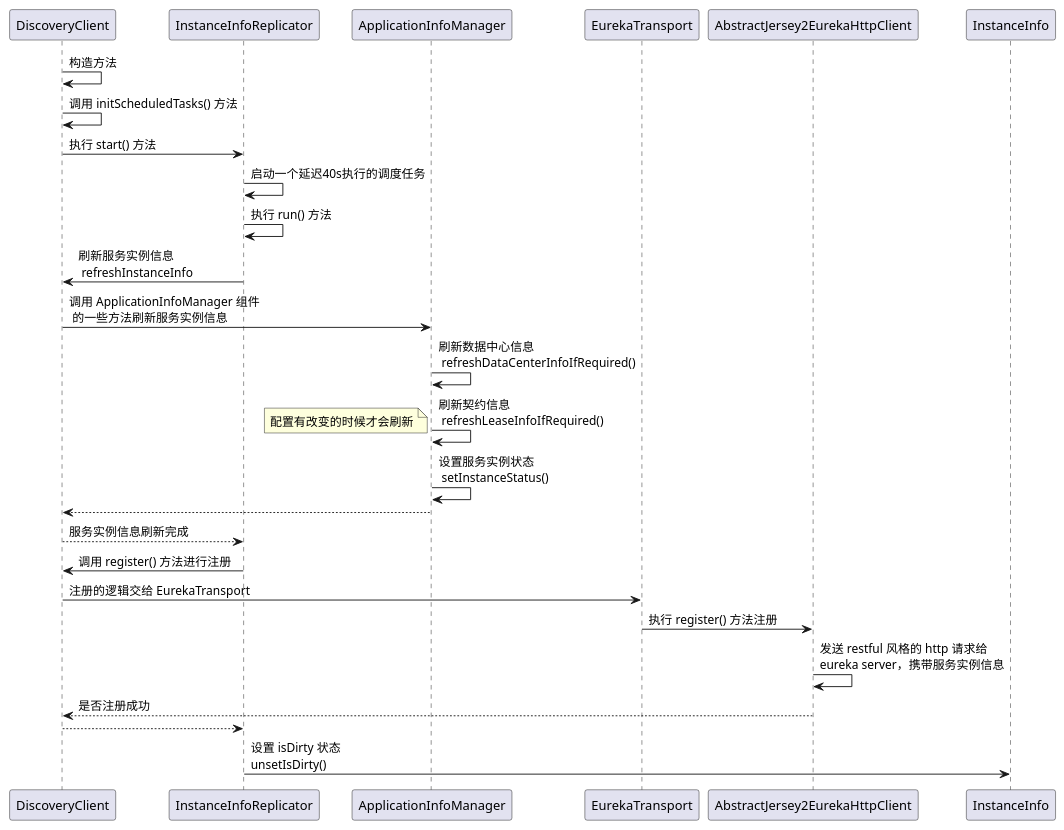
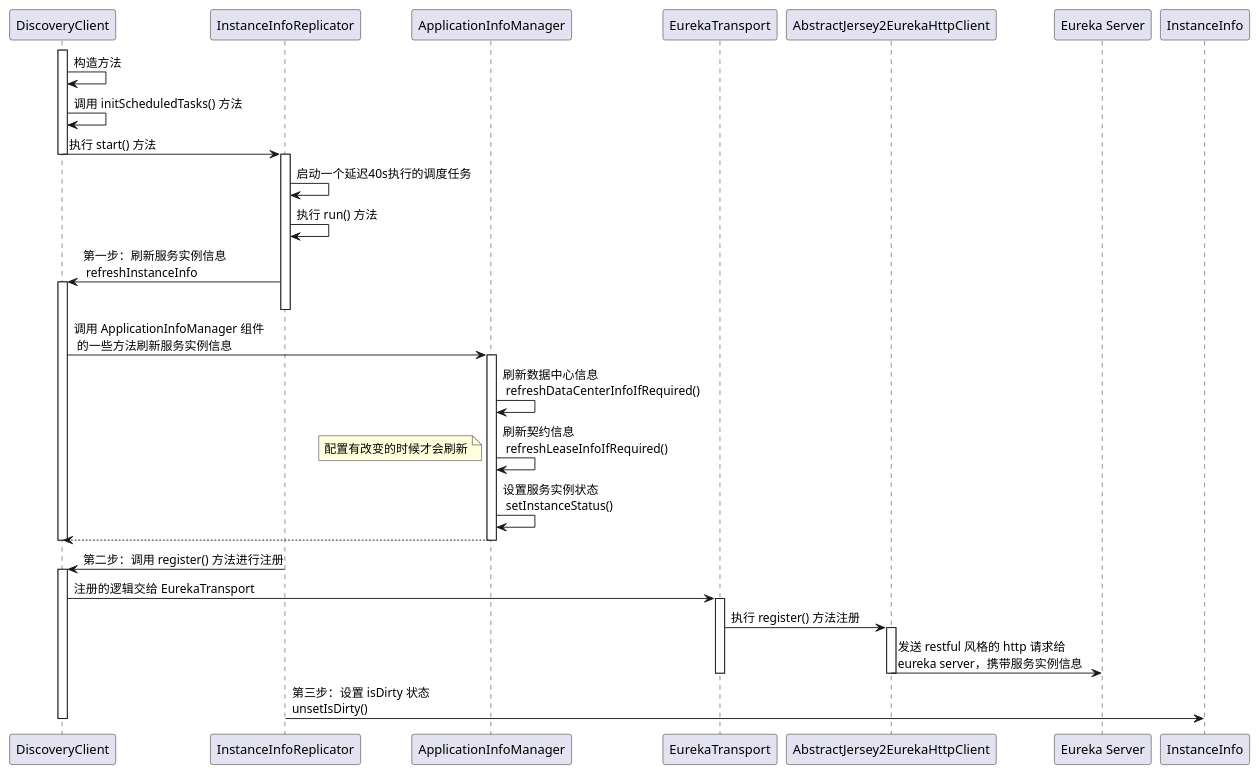
One commit to mqingqiang/eureka changed the diagram in UML图/eureka client 是如何进行服务注册的？.puml. Above: the diagram before and after it, drawn with PlantUML. The commit also changed 1 other file, not shown here.

Commit message:
优化UML时序图

```diff
--- a/UML图/eureka client 是如何进行服务注册的？.puml
+++ b/UML图/eureka client 是如何进行服务注册的？.puml
@@ -1,23 +1,34 @@
 @startuml
+skinparam responseMessageBelowArrow false
+activate DiscoveryClient
 DiscoveryClient -> DiscoveryClient: 构造方法
 DiscoveryClient -> DiscoveryClient: 调用 initScheduledTasks() 方法
 DiscoveryClient -> InstanceInfoReplicator: 执行 start() 方法
+deactivate DiscoveryClient
+activate InstanceInfoReplicator
 InstanceInfoReplicator -> InstanceInfoReplicator:  启动一个延迟40s执行的调度任务
 InstanceInfoReplicator -> InstanceInfoReplicator:  执行 run() 方法
-InstanceInfoReplicator -> DiscoveryClient: 刷新服务实例信息\n refreshInstanceInfo
+InstanceInfoReplicator -> DiscoveryClient: 第一步：刷新服务实例信息\n refreshInstanceInfo
+activate DiscoveryClient
+deactivate InstanceInfoReplicator
 DiscoveryClient -> ApplicationInfoManager: 调用 ApplicationInfoManager 组件\n 的一些方法刷新服务实例信息
+activate ApplicationInfoManager
 ApplicationInfoManager -> ApplicationInfoManager: 刷新数据中心信息\n refreshDataCenterInfoIfRequired()
 ApplicationInfoManager -> ApplicationInfoManager: 刷新契约信息\n refreshLeaseInfoIfRequired()
 note left: 配置有改变的时候才会刷新
 ApplicationInfoManager -> ApplicationInfoManager: 设置服务实例状态\n setInstanceStatus()
 ApplicationInfoManager --> DiscoveryClient:
-DiscoveryClient --> InstanceInfoReplicator: 服务实例信息刷新完成
-InstanceInfoReplicator -> DiscoveryClient: 调用 register() 方法进行注册
+deactivate DiscoveryClient
+deactivate ApplicationInfoManager
+InstanceInfoReplicator -> DiscoveryClient: 第二步：调用 register() 方法进行注册
+activate DiscoveryClient
 DiscoveryClient -> EurekaTransport: 注册的逻辑交给 EurekaTransport
+activate EurekaTransport
 EurekaTransport -> AbstractJersey2EurekaHttpClient: 执行 register() 方法注册
-AbstractJersey2EurekaHttpClient -> AbstractJersey2EurekaHttpClient: 发送 restful 风格的 http 请求给\neureka server，携带服务实例信息
-AbstractJersey2EurekaHttpClient --> DiscoveryClient: 是否注册成功
-DiscoveryClient --> InstanceInfoReplicator:
-InstanceInfoReplicator -> InstanceInfo: 设置 isDirty 状态\nunsetIsDirty()
-
+activate AbstractJersey2EurekaHttpClient
+AbstractJersey2EurekaHttpClient -> "Eureka Server": 发送 restful 风格的 http 请求给\neureka server，携带服务实例信息
+deactivate AbstractJersey2EurekaHttpClient
+deactivate EurekaTransport
+InstanceInfoReplicator -> InstanceInfo: 第三步：设置 isDirty 状态\nunsetIsDirty()
+deactivate DiscoveryClient
 @enduml
```
